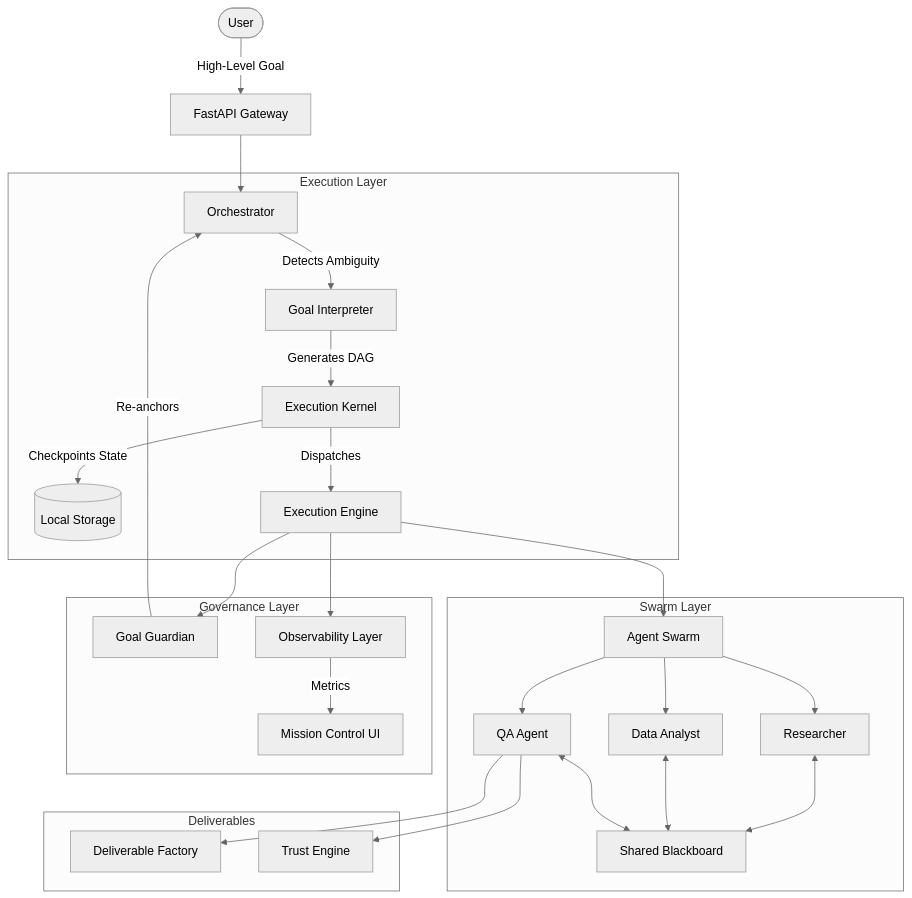
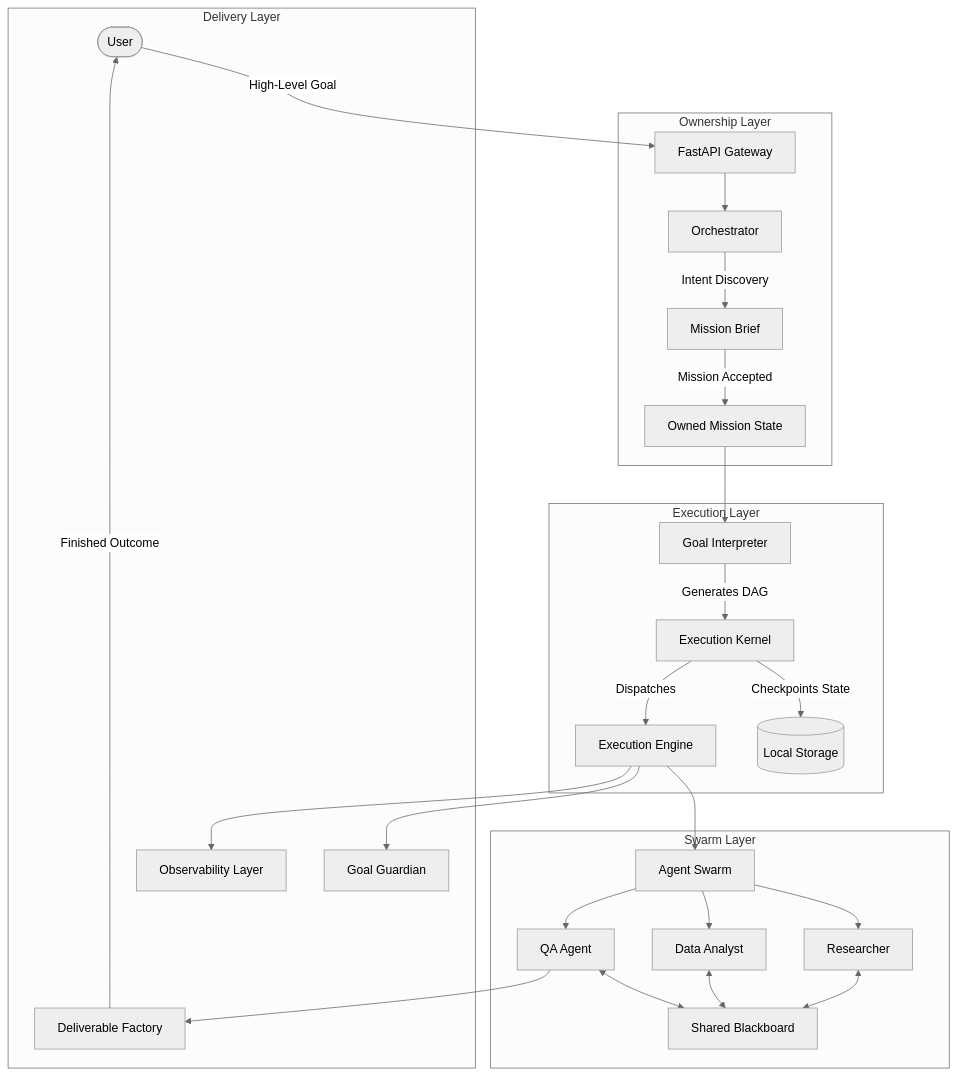
One commit to Viswanath129/gemini-cowork-os changed the diagram in docs/ARCHITECTURE_OVERVIEW.md. Above: the diagram before and after it, drawn with Mermaid (neutral theme). The commit also changed other lines of this file and 2 other files, not shown here.

Commit message:
Strategic Shift: Transitioning from Task Execution to Mission Ownership Engine (v0.1.0-alpha)

````diff
--- a/docs/ARCHITECTURE_OVERVIEW.md
+++ b/docs/ARCHITECTURE_OVERVIEW.md
@@ -7,35 +7,35 @@
 ```mermaid
 graph TD
     User([User]) -->|High-Level Goal| API[FastAPI Gateway]
-    API --> Orchestrator
+    
+    subgraph Ownership Layer
+        API --> Orchestrator
+        Orchestrator -->|Intent Discovery| Brief[Mission Brief]
+        Brief -->|Mission Accepted| State[Owned Mission State]
+    end
     
     subgraph Execution Layer
-        Orchestrator -->|Detects Ambiguity| Interpreter[Goal Interpreter]
+        State --> Interpreter[Goal Interpreter]
         Interpreter -->|Generates DAG| Kernel[Execution Kernel]
         Kernel -->|Checkpoints State| DB[(Local Storage)]
         Kernel -->|Dispatches| Engine[Execution Engine]
     end
     
     subgraph Swarm Layer
         Engine --> Swarm[Agent Swarm]
         Swarm --> A1[Researcher]
         Swarm --> A2[Data Analyst]
         Swarm --> A3[QA Agent]
         
         A1 <--> Blackboard[Shared Blackboard]
         A2 <--> Blackboard
         A3 <--> Blackboard
     end
     
-    subgraph Governance Layer
+    subgraph Delivery Layer
         Engine --> Guardian[Goal Guardian]
-        Guardian -->|Re-anchors| Orchestrator
         Engine --> Obs[Observability Layer]
-        Obs -->|Metrics| MissionControl[Mission Control UI]
-    end
-    
-    subgraph Deliverables
         A3 --> Factory[Deliverable Factory]
-        A3 --> Trust[Trust Engine]
+        Factory -->|Finished Outcome| User
     end
 ```
````
